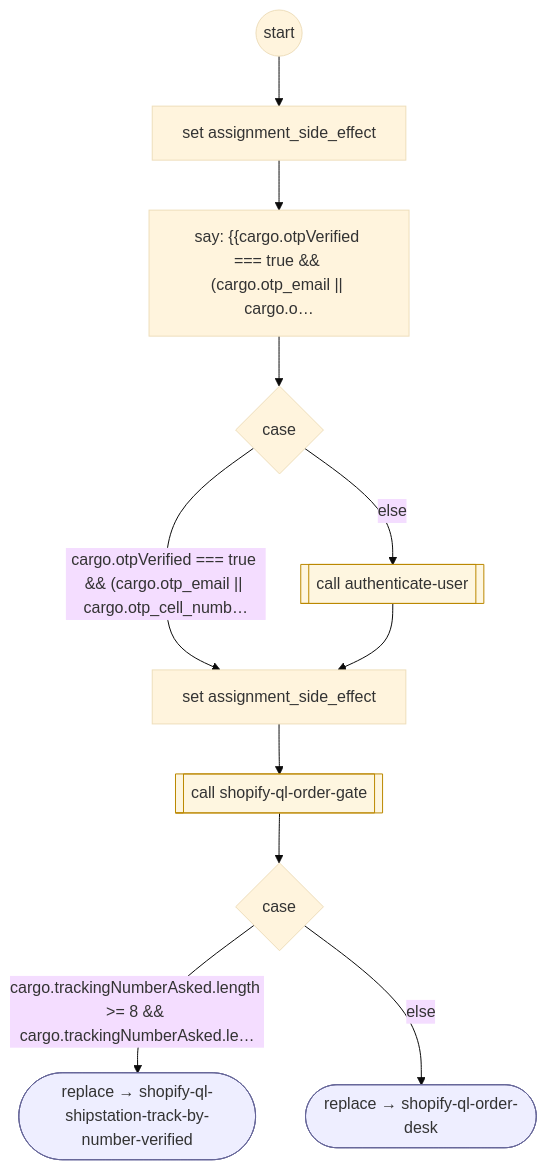
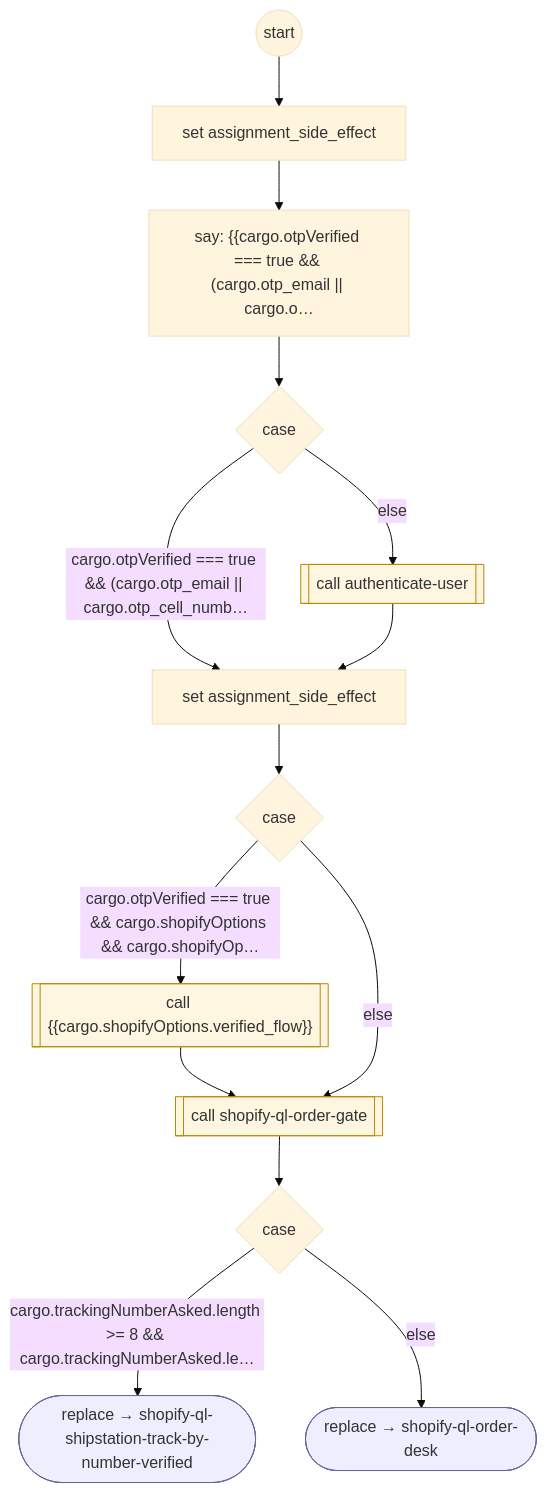
Before and after one commit to ronpinkas/jsfe: the diagram in docs/flows/shopify/shopify-ql-track-order.md, drawn with Mermaid (base theme). The commit also changed other lines of this file and 10 other files, not shown here.

Commit message:
jsfe flows: reference copy of the prod shared sets from AIDevelopment cab71fe

````diff
--- a/docs/flows/shopify/shopify-ql-track-order.md
+++ b/docs/flows/shopify/shopify-ql-track-order.md
@@ -21,31 +21,37 @@
 ```mermaid
 flowchart TD
    START(("start"))
    n0["set assignment_side_effect"]
    START --> n0
    n1["say: #123;#123;cargo.otpVerified === true && (cargo.otp_email #124;#124; cargo.o…"]
    n0 --> n1
    c2{"case"}
    n1 --> c2
    b3[["call authenticate-user"]]
    class b3 flowstep
    c2 -- "else" --> b3
    n4["set assignment_side_effect"]
    c2 -- "cargo.otpVerified === true && (cargo.otp_email #124;#124; cargo.otp_cell_numb…" --> n4
    b3 --> n4
-   n5[["call shopify-ql-order-gate"]]
-   class n5 flowstep
-   n4 --> n5
-   c6{"case"}
-   n5 --> c6
-   b7(["replace → shopify-ql-shipstation-track-by-number-verified"])
-   class b7 endstep
-   c6 -- "cargo.trackingNumberAsked.length #gt;= 8 && cargo.trackingNumberAsked.le…" --> b7
-   b8(["replace → shopify-ql-order-desk"])
-   class b8 endstep
-   c6 -- "else" --> b8
+   c5{"case"}
+   n4 --> c5
+   b6[["call #123;#123;cargo.shopifyOptions.verified_flow#125;#125;"]]
+   class b6 flowstep
+   c5 -- "cargo.otpVerified === true && cargo.shopifyOptions && cargo.shopifyOp…" --> b6
+   n7[["call shopify-ql-order-gate"]]
+   class n7 flowstep
+   b6 --> n7
+   c5 -- "else" --> n7
+   c8{"case"}
+   n7 --> c8
+   b9(["replace → shopify-ql-shipstation-track-by-number-verified"])
+   class b9 endstep
+   c8 -- "cargo.trackingNumberAsked.length #gt;= 8 && cargo.trackingNumberAsked.le…" --> b9
+   b10(["replace → shopify-ql-order-desk"])
+   class b10 endstep
+   c8 -- "else" --> b10
    classDef endstep fill:#eef,stroke:#669
    classDef toolstep fill:#efe,stroke:#696
    classDef flowstep fill:#fef6e0,stroke:#b80
    classDef inputstep fill:#f3eefc,stroke:#75a
 ```
````
